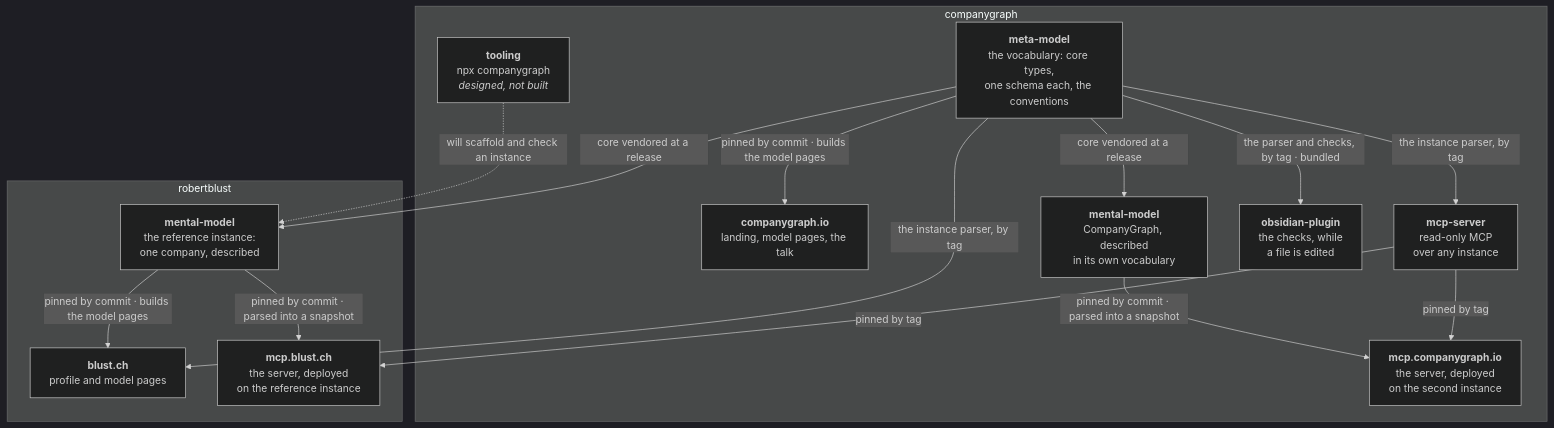
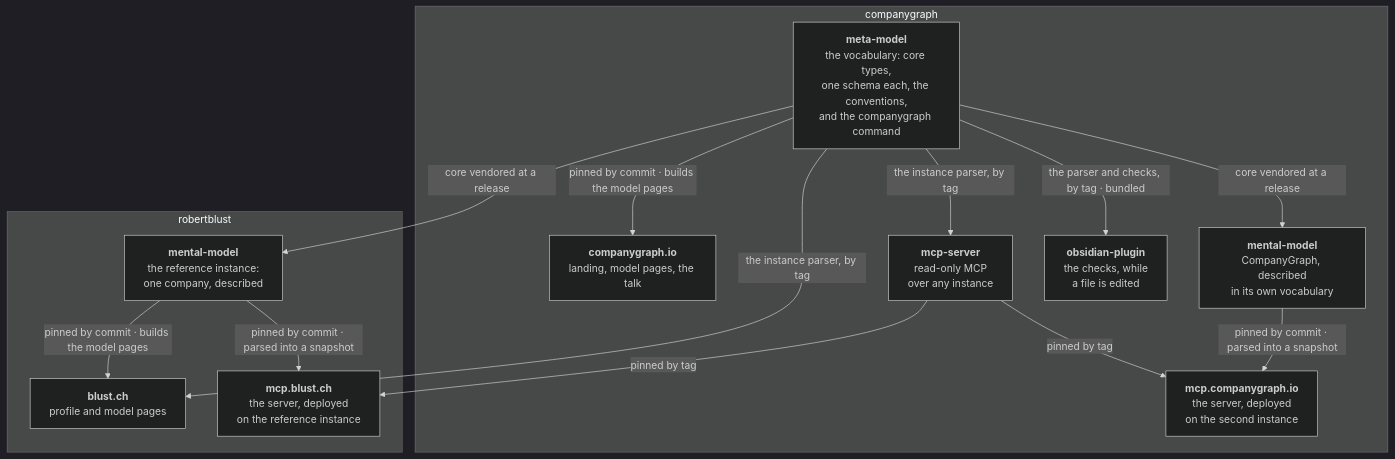
The diagram in profile/README.md (companygraph/.github), drawn with Mermaid (dark theme) before and after one commit. The commit also changed other lines of this file, not shown here.

First line of the commit message:
The roadmap marks the tooling shipped

````diff
--- a/profile/README.md
+++ b/profile/README.md
@@ -26,31 +26,29 @@
 ```mermaid
 flowchart TB
     subgraph cg["companygraph"]
-        MM["<b>meta-model</b><br/>the vocabulary: core types,<br/>one schema each, the conventions"]
+        MM["<b>meta-model</b><br/>the vocabulary: core types,<br/>one schema each, the conventions,<br/>and the companygraph command"]
         SITE["<b>companygraph.io</b><br/>landing, model pages, the talk"]
         MCP["<b>mcp-server</b><br/>read-only MCP<br/>over any instance"]
         CGMM["<b>mental-model</b><br/>CompanyGraph, described<br/>in its own vocabulary"]
         PLUGIN["<b>obsidian-plugin</b><br/>the checks, while<br/>a file is edited"]
         MCPCG["<b>mcp.companygraph.io</b><br/>the server, deployed<br/>on the second instance"]
-        TOOL["<b>tooling</b><br/>npx companygraph<br/><i>designed, not built</i>"]
     end
 
     subgraph rb["robertblust"]
         MENTAL["<b>mental-model</b><br/>the reference instance:<br/>one company, described"]
         BLUST["<b>blust.ch</b><br/>profile and model pages"]
         MCPD["<b>mcp.blust.ch</b><br/>the server, deployed<br/>on the reference instance"]
     end
 
     MM -- "core vendored at a release" --> MENTAL
     MM -- "core vendored at a release" --> CGMM
     MM -- "the parser and checks, by tag · bundled" --> PLUGIN
     MM -- "pinned by commit · builds the model pages" --> SITE
     MENTAL -- "pinned by commit · builds the model pages" --> BLUST
     MM -- "the instance parser, by tag" --> BLUST
     MM -- "the instance parser, by tag" --> MCP
     MCP -- "pinned by tag" --> MCPD
     MENTAL -- "pinned by commit · parsed into a snapshot" --> MCPD
     MCP -- "pinned by tag" --> MCPCG
     CGMM -- "pinned by commit · parsed into a snapshot" --> MCPCG
-    TOOL -. "will scaffold and check an instance" .-> MENTAL
 ```
````
